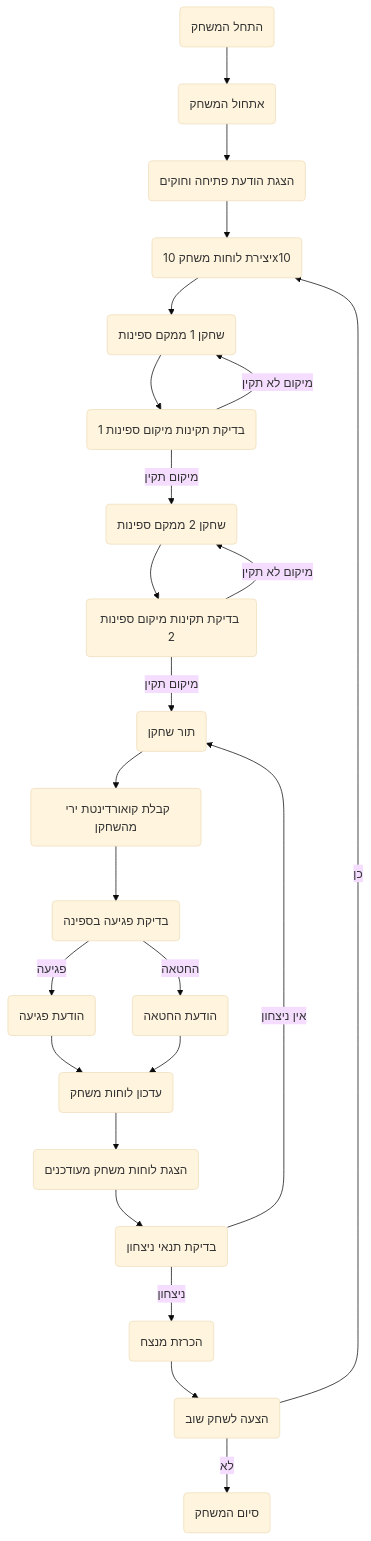
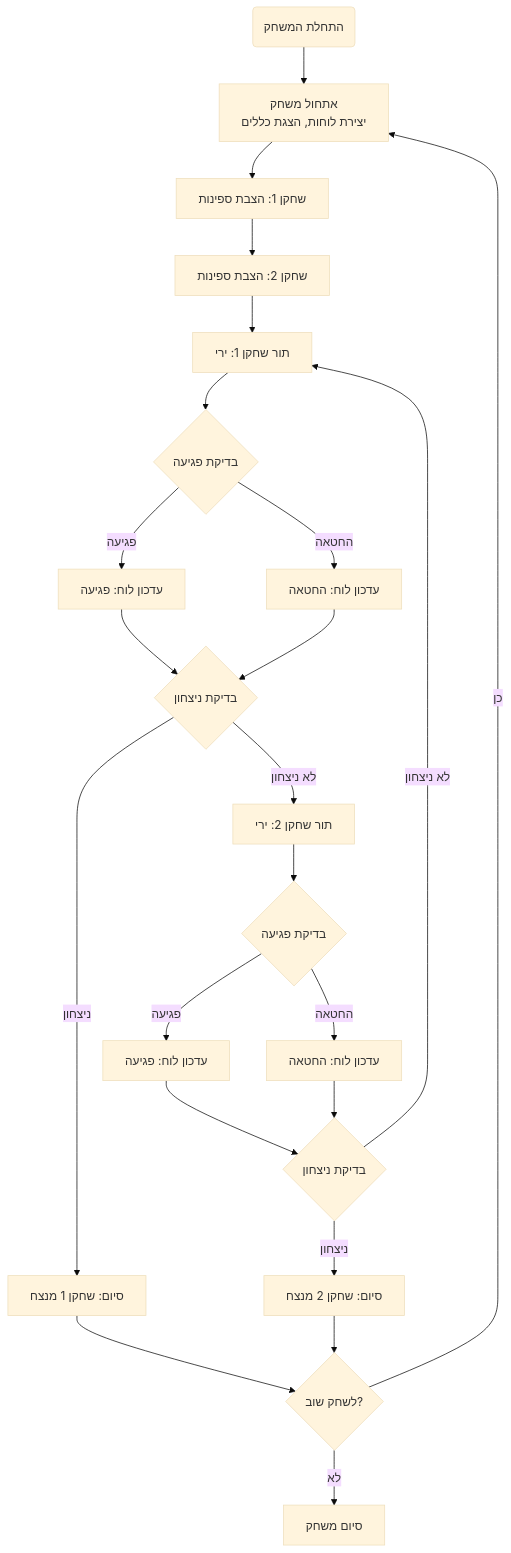
One commit to hypo69/hypo changed the diagram in docs/gemini/he/explainer/src/endpoints/ai_games/101_basic_computer_games/ru/rules/79_salvo.ru.md.md. Above: the diagram before and after it, drawn with Mermaid (base theme). The commit also changed other lines of this file and 885 other files, not shown here.

````diff
--- a/docs/gemini/he/explainer/src/endpoints/ai_games/101_basic_computer_games/ru/rules/79_salvo.ru.md.md
+++ b/docs/gemini/he/explainer/src/endpoints/ai_games/101_basic_computer_games/ru/rules/79_salvo.ru.md.md
@@ -44,30 +73,28 @@
 ```mermaid
 flowchart TD
-    Start(התחל המשחק) --> Init(אתחול המשחק)
-    Init --> WelcomeMessage(הצגת הודעת פתיחה וחוקים)
-    WelcomeMessage --> CreateBoards(יצירת לוחות משחק 10x10)
-    CreateBoards --> Player1Placement(שחקן 1 ממקם ספינות)
-    Player1Placement --> ValidatePlacement1(בדיקת תקינות מיקום ספינות 1)
-    ValidatePlacement1 -- מיקום תקין --> Player2Placement(שחקן 2 ממקם ספינות)
-     ValidatePlacement1 -- מיקום לא תקין --> Player1Placement
-    Player2Placement --> ValidatePlacement2(בדיקת תקינות מיקום ספינות 2)
-    ValidatePlacement2 -- מיקום תקין --> PlayerTurn(תור שחקן)
-     ValidatePlacement2 -- מיקום לא תקין --> Player2Placement
-
-    PlayerTurn --> PlayerInput(קבלת קואורדינטת ירי מהשחקן)
-    PlayerInput --> CheckHit(בדיקת פגיעה בספינה)
-    CheckHit -- פגיעה --> HitMessage(הודעת פגיעה)
-     CheckHit -- החטאה --> MissMessage(הודעת החטאה)
-      HitMessage --> UpdateBoards(עדכון לוחות משחק)
-      MissMessage --> UpdateBoards
-
-    UpdateBoards --> ShowBoards(הצגת לוחות משחק מעודכנים)
-
-    ShowBoards --> CheckWin(בדיקת תנאי ניצחון)
-    CheckWin -- ניצחון --> AnnounceWinner(הכרזת מנצח)
-    CheckWin -- אין ניצחון --> PlayerTurn
-    AnnounceWinner --> PlayAgain(הצעה לשחק שוב)
-
-    PlayAgain -- כן --> CreateBoards
-    PlayAgain -- לא --> End(סיום המשחק)
+    Start(התחלת המשחק) --> Initialize[אתחול משחק<br>יצירת לוחות, הצגת כללים];
+    Initialize --> PlaceShips1[שחקן 1: הצבת ספינות];
+    PlaceShips1 --> PlaceShips2[שחקן 2: הצבת ספינות];
+    PlaceShips2 --> Turn1[תור שחקן 1: ירי];
+    Turn1 --> CheckHit1{בדיקת פגיעה};
+    CheckHit1 -- פגיעה --> UpdateBoardHit1[עדכון לוח: פגיעה];
+    CheckHit1 -- החטאה --> UpdateBoardMiss1[עדכון לוח: החטאה];
+    UpdateBoardHit1 --> CheckWin1{בדיקת ניצחון};
+     UpdateBoardMiss1 --> CheckWin1;
+    CheckWin1 -- ניצחון --> EndGameWin1[סיום: שחקן 1 מנצח];
+    CheckWin1 -- לא ניצחון --> Turn2[תור שחקן 2: ירי];
+     Turn2 --> CheckHit2{בדיקת פגיעה};
+    CheckHit2 -- פגיעה --> UpdateBoardHit2[עדכון לוח: פגיעה];
+     CheckHit2 -- החטאה --> UpdateBoardMiss2[עדכון לוח: החטאה];
+    UpdateBoardHit2 --> CheckWin2{בדיקת ניצחון};
+     UpdateBoardMiss2 --> CheckWin2;
+   CheckWin2 -- ניצחון --> EndGameWin2[סיום: שחקן 2 מנצח];
+    CheckWin2 -- לא ניצחון --> Turn1;
+    EndGameWin1 --> PlayAgain{לשחק שוב?};
+    EndGameWin2 --> PlayAgain;
+     PlayAgain -- כן --> Initialize;
+    PlayAgain -- לא --> EndGame[סיום משחק];
+  
+  
+    
 ```
````
